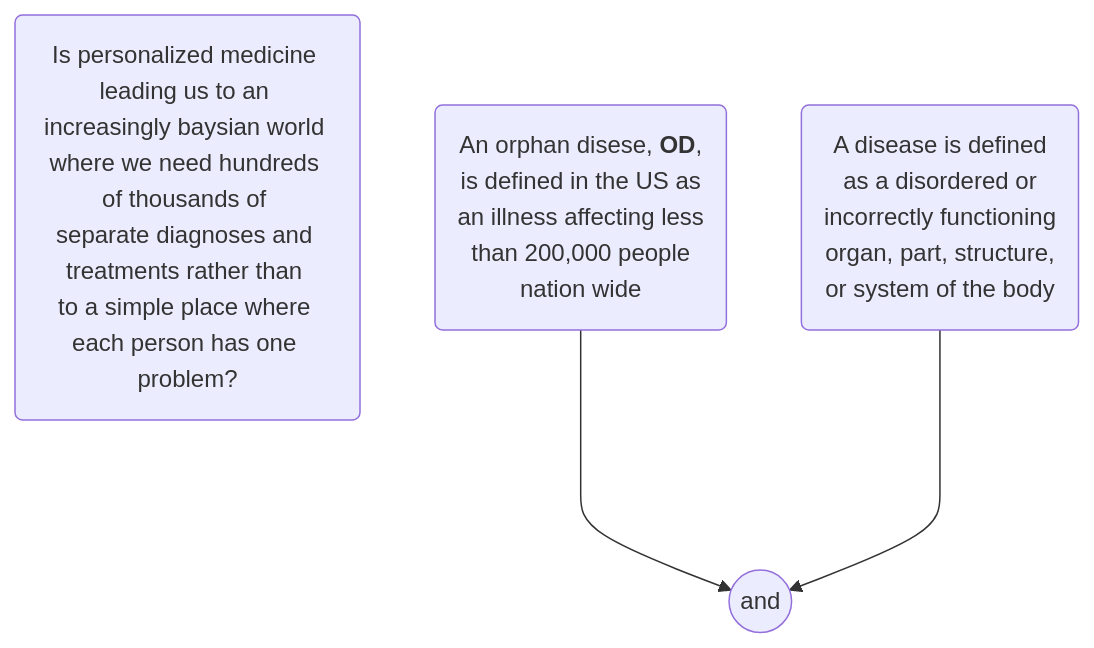
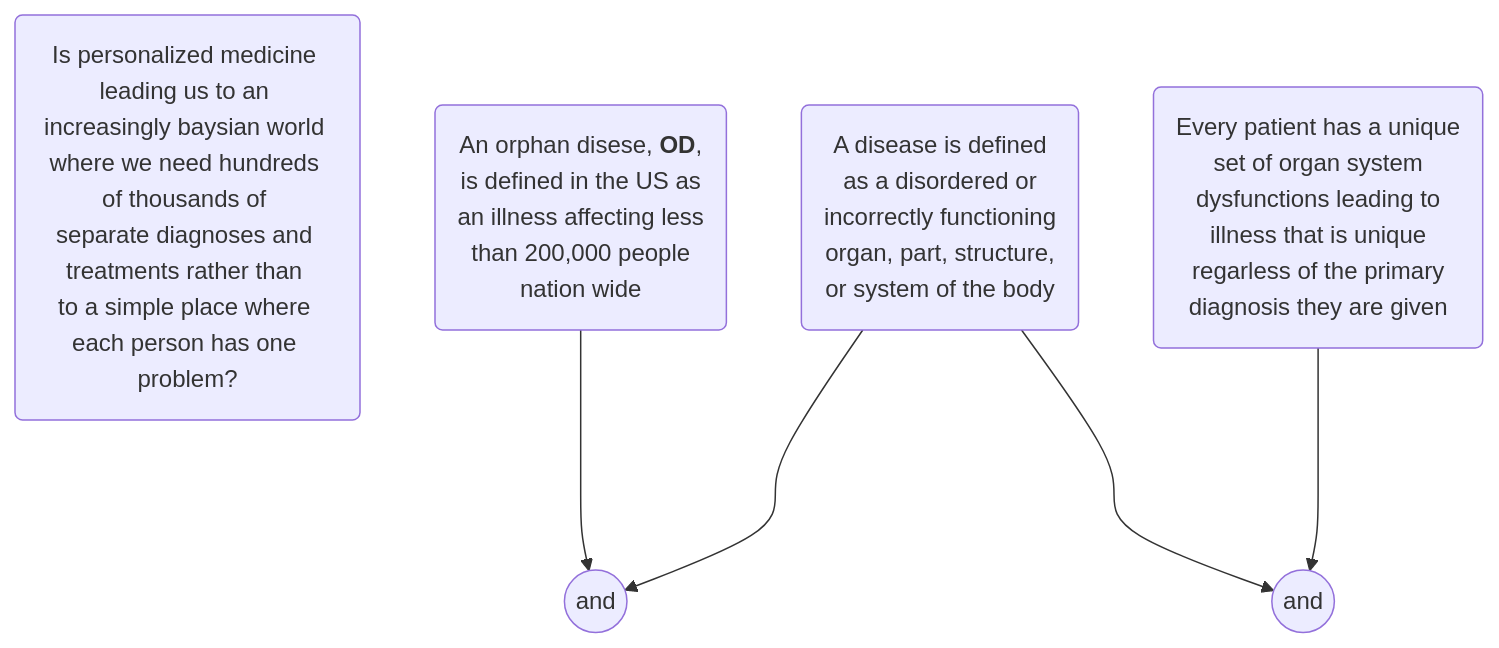
The diagram in Orphan_Diseases.md (hwetsman/TOC_Trees), drawn with Mermaid before and after one commit.

Commit message:
Code: create every patient link

````diff
--- a/Orphan_Diseases.md
+++ b/Orphan_Diseases.md
@@ -3,10 +3,20 @@
 ```mermaid
 flowchart TD
 proposition(Is personalized medicine <br>leading us to an <br>increasingly baysian world <br>where we need hundreds <br>of thousands of <br>separate diagnoses and <br>treatments rather than <br>to a simple place where <br>each person has one problem?)
 
 orphan(An orphan disese, <b>OD</b>, <br>is defined in the US as <br>an illness affecting less <br>than 200,000 people <br> nation wide)
 disease(A disease is defined <br>as a disordered or <br>incorrectly functioning <br>organ, part, structure, <br>or system of the body)
 and1((and))
     orphan--->and1
     disease--->and1
+every_pt(Every patient has a unique <br>set of organ system <br>dysfunctions leading to <br>illness that is unique <br>regarless of the primary <br>diagnosis they are given)
+and2((and))
+    every_pt--->and2
+    disease--->and2
+
+
+
+
+
+
 ```
````
